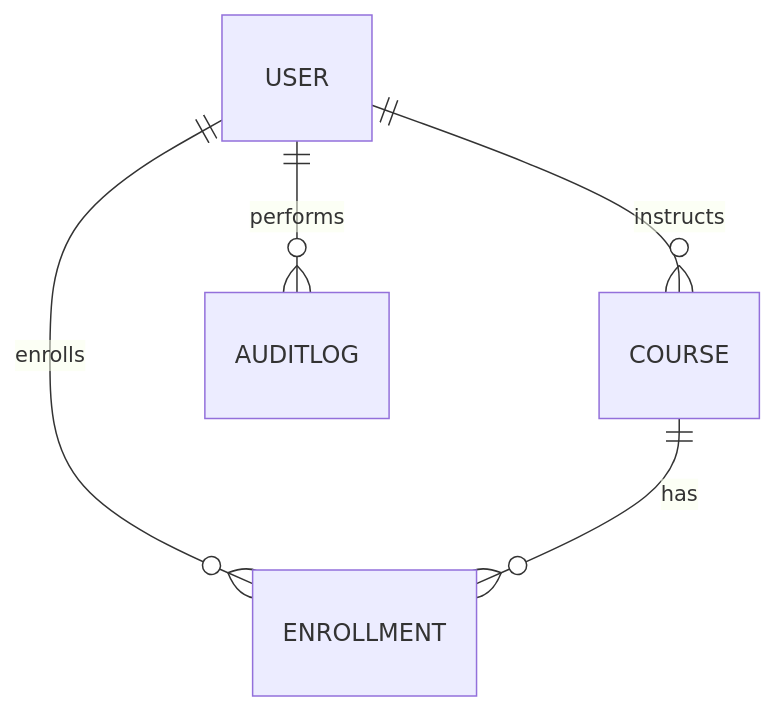
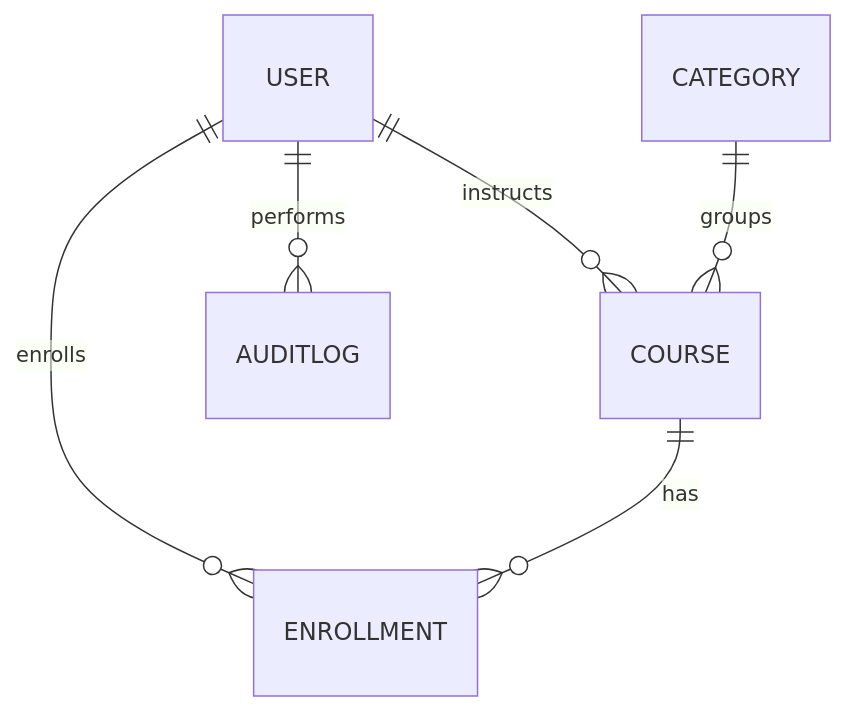
One commit to gishanchamith/GPT_LMS changed the second of 2 diagrams in README.md. Above: the diagram before and after it, drawn with Mermaid. The commit also changed other lines of this file and 8 other files, not shown here.

````diff
--- a/README.md
+++ b/README.md
@@ -96,7 +109,8 @@
 ```mermaid
 erDiagram
     USER ||--o{ COURSE : instructs
     USER ||--o{ ENROLLMENT : enrolls
     COURSE ||--o{ ENROLLMENT : has
+    CATEGORY ||--o{ COURSE : groups
     USER ||--o{ AUDITLOG : performs
 ```
````
